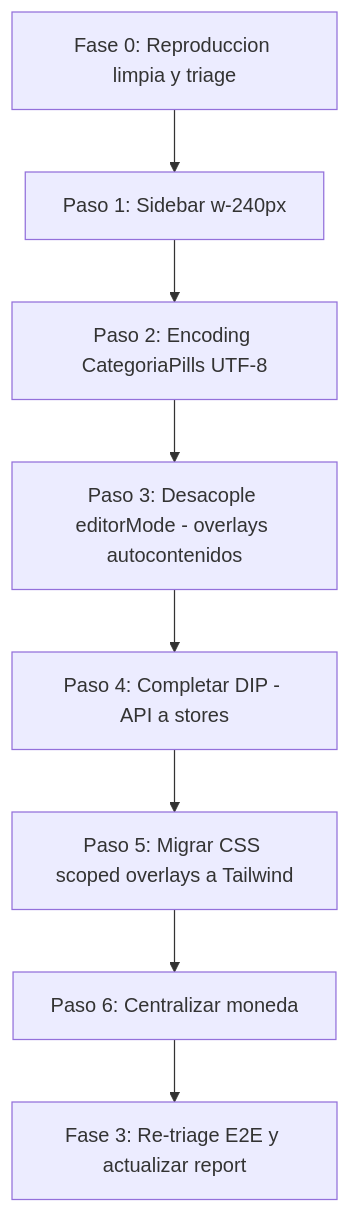
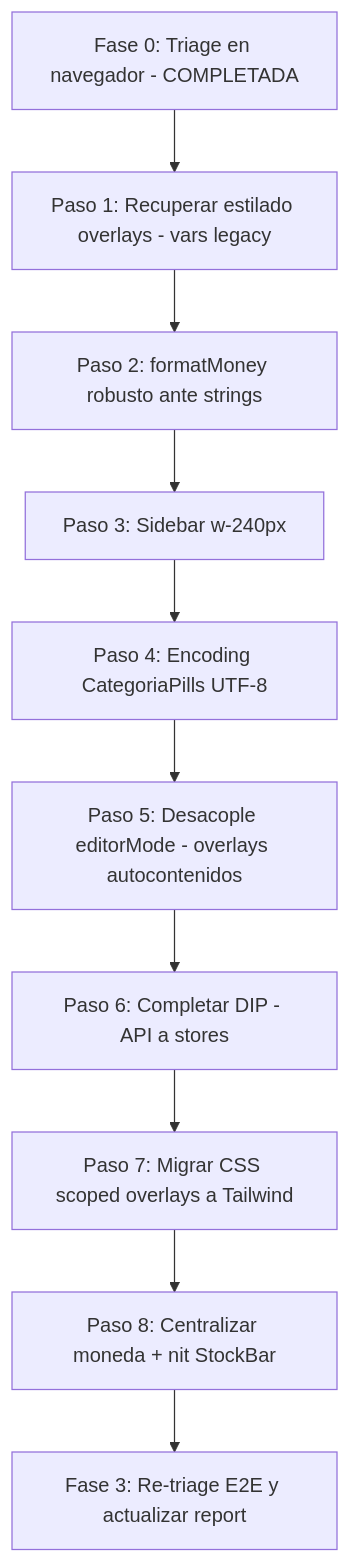
Before and after one commit to ishishko/presumemy: the diagram in docs/MVP/mvp correcciones/refactor_plan/Stage_2/01_Plan_Fix_Refactor.md, drawn with Mermaid. The commit also changed other lines of this file and 18 other files, not shown here.

````diff
--- a/docs/MVP/mvp correcciones/refactor_plan/Stage_2/01_Plan_Fix_Refactor.md
+++ b/docs/MVP/mvp correcciones/refactor_plan/Stage_2/01_Plan_Fix_Refactor.md
@@ -90,10 +123,12 @@
 ```mermaid
 graph TD
-    F0[Fase 0: Reproduccion limpia y triage] --> S1[Paso 1: Sidebar w-240px]
-    S1 --> S2[Paso 2: Encoding CategoriaPills UTF-8]
-    S2 --> S3[Paso 3: Desacople editorMode - overlays autocontenidos]
-    S3 --> S4[Paso 4: Completar DIP - API a stores]
-    S4 --> S5[Paso 5: Migrar CSS scoped overlays a Tailwind]
-    S5 --> S6[Paso 6: Centralizar moneda]
-    S6 --> F3[Fase 3: Re-triage E2E y actualizar report]
+    F0[Fase 0: Triage en navegador - COMPLETADA] --> S1[Paso 1: Recuperar estilado overlays - vars legacy]
+    S1 --> S2[Paso 2: formatMoney robusto ante strings]
+    S2 --> S3[Paso 3: Sidebar w-240px]
+    S3 --> S4[Paso 4: Encoding CategoriaPills UTF-8]
+    S4 --> S5[Paso 5: Desacople editorMode - overlays autocontenidos]
+    S5 --> S6[Paso 6: Completar DIP - API a stores]
+    S6 --> S7[Paso 7: Migrar CSS scoped overlays a Tailwind]
+    S7 --> S8[Paso 8: Centralizar moneda + nit StockBar]
+    S8 --> F3[Fase 3: Re-triage E2E y actualizar report]
 ```
````
